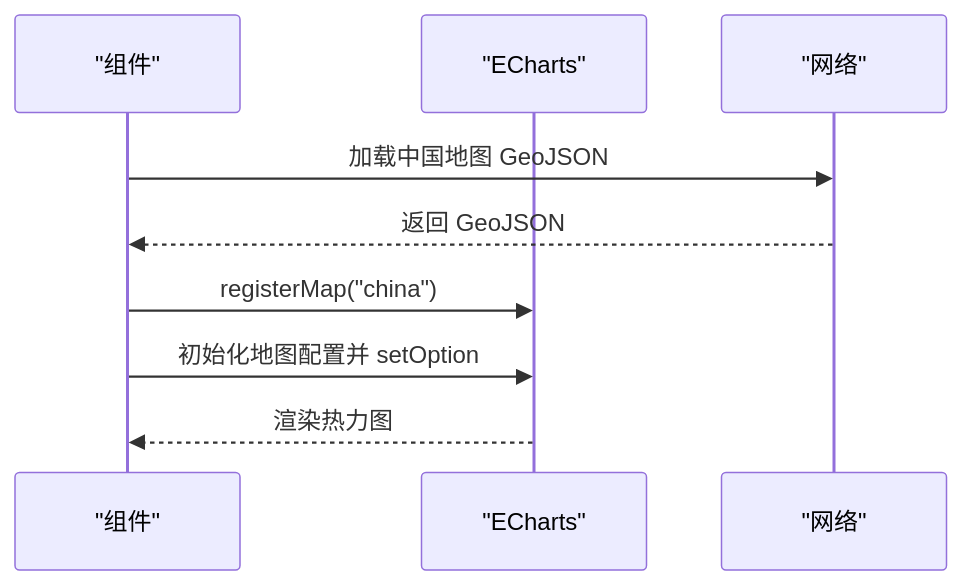
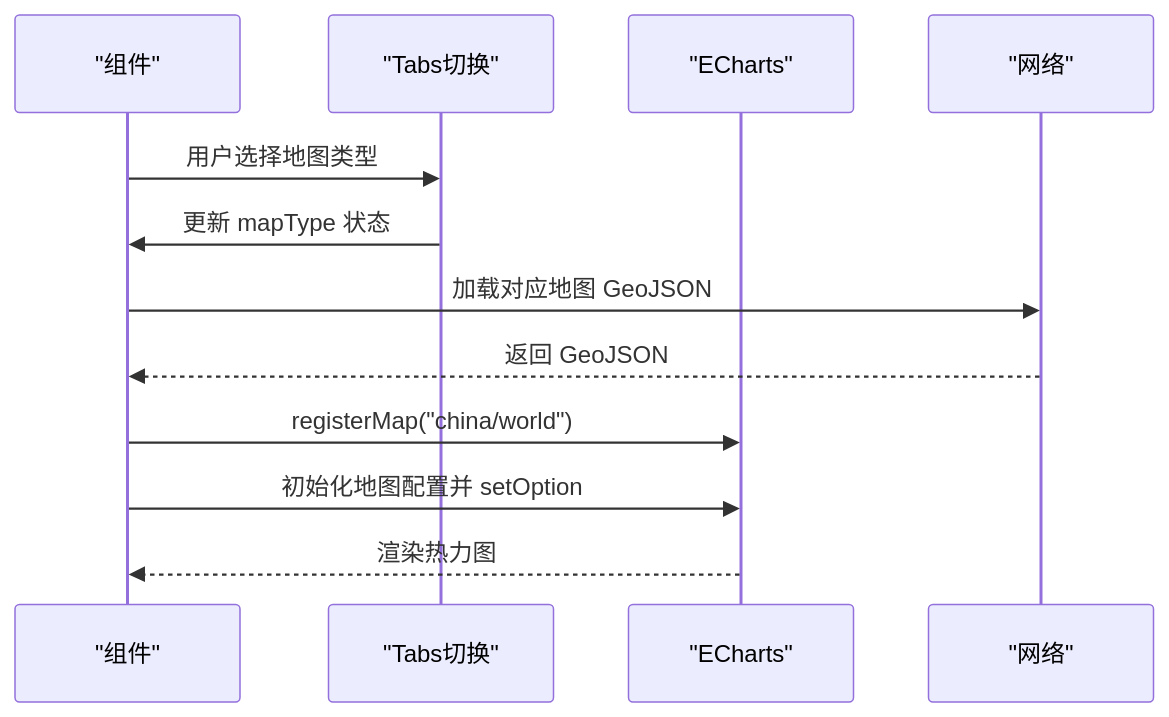
One commit to RadiumAg/AIGate changed the eighth of 13 diagrams in .qoder/repowiki/zh/content/监控与分析/监控与分析.md. Above: the diagram before and after it, drawn with Mermaid. The commit also changed other lines of this file and 30 other files, not shown here.

````diff
--- a/.qoder/repowiki/zh/content/监控与分析/监控与分析.md
+++ b/.qoder/repowiki/zh/content/监控与分析/监控与分析.md
@@ -243,11 +300,14 @@
 ```mermaid
 sequenceDiagram
 participant C as "组件"
+participant T as "Tabs切换"
 participant E as "ECharts"
 participant Net as "网络"
-C->>Net : 加载中国地图 GeoJSON
+C->>T : 用户选择地图类型
+T->>C : 更新 mapType 状态
+C->>Net : 加载对应地图 GeoJSON
 Net-->>C : 返回 GeoJSON
-C->>E : registerMap("china")
+C->>E : registerMap("china/world")
 C->>E : 初始化地图配置并 setOption
 E-->>C : 渲染热力图
 ```
````
